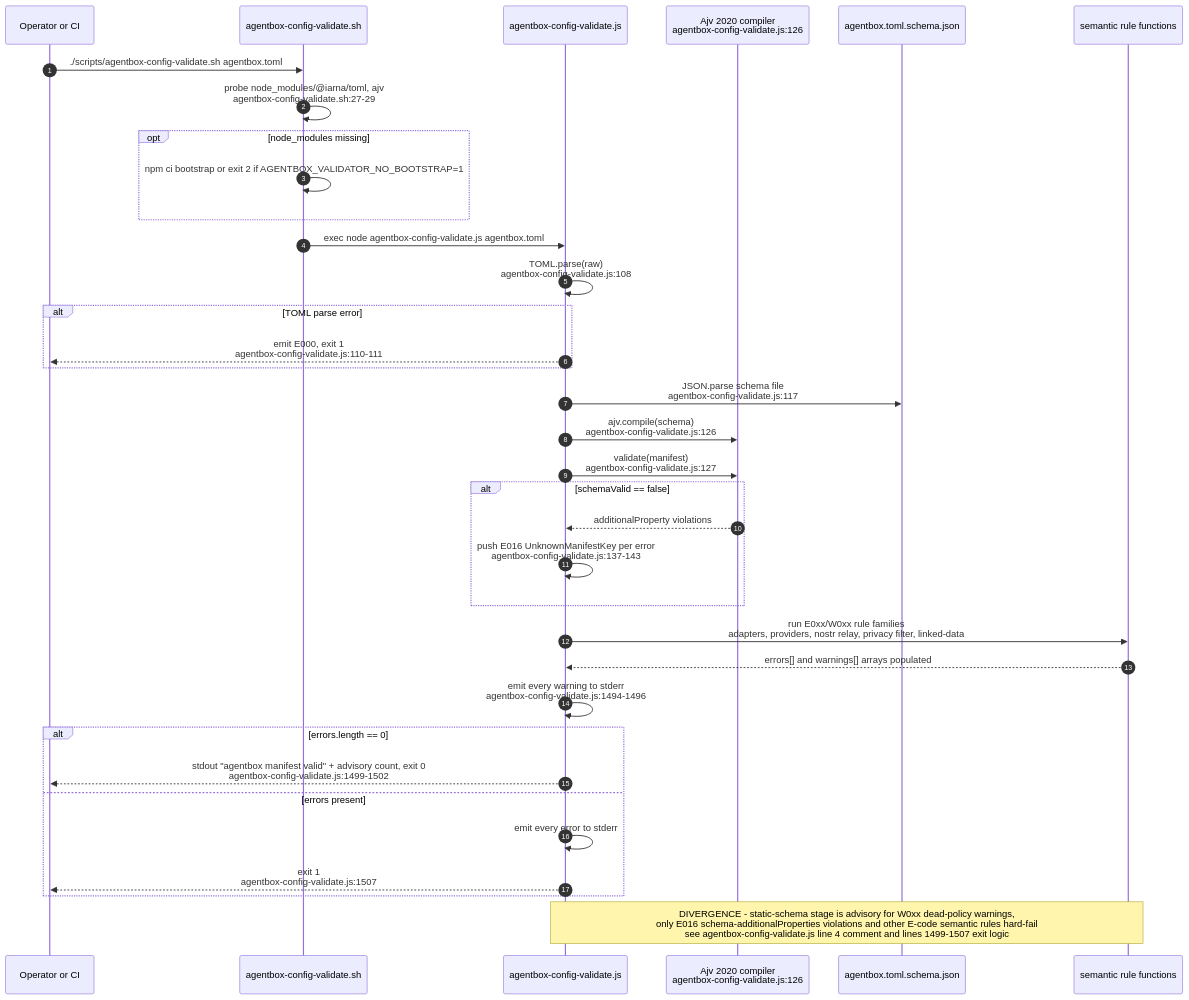
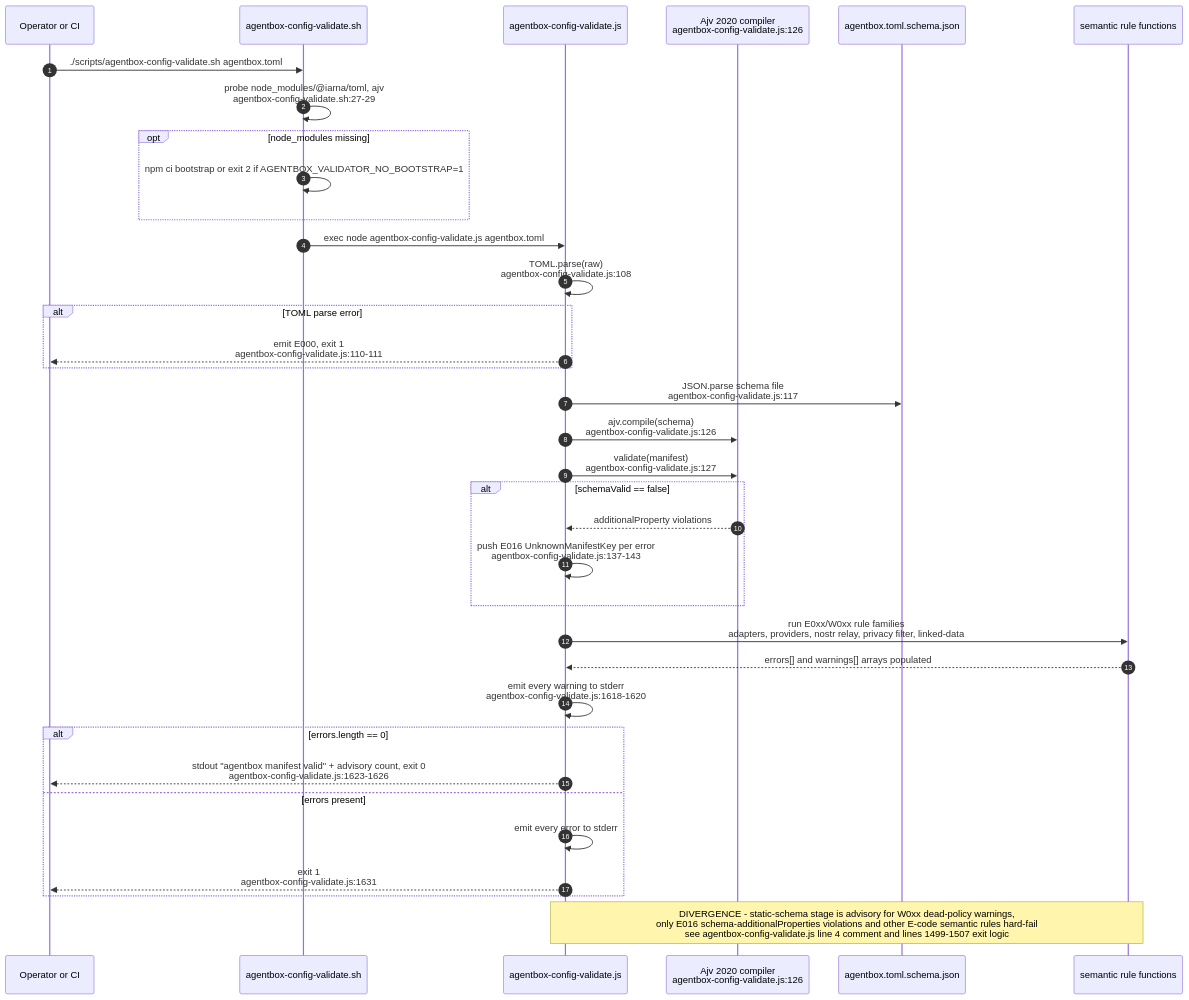
The fourth of 11 diagrams in docs/diagrams/agentbox/01-nix-flake-composition.md (DreamLab-AI/VisionFlow), drawn with Mermaid before and after one commit. The commit also changed other lines of this file and 28 other files, not shown here.

````diff
--- a/docs/diagrams/agentbox/01-nix-flake-composition.md
+++ b/docs/diagrams/agentbox/01-nix-flake-composition.md
@@ -165,39 +167,39 @@
 ```mermaid
 sequenceDiagram
     autonumber
     participant OP as Operator or CI
     participant WRAP as agentbox-config-validate.sh
     participant JS as agentbox-config-validate.js
     participant AJV as Ajv 2020 compiler<br/>agentbox-config-validate.js:126
     participant SCHEMA as agentbox.toml.schema.json
     participant SEM as semantic rule functions
 
     OP->>WRAP: ./scripts/agentbox-config-validate.sh agentbox.toml
     WRAP->>WRAP: probe node_modules/@iarna/toml, ajv<br/>agentbox-config-validate.sh:27-29
     opt node_modules missing
         WRAP->>WRAP: npm ci bootstrap or exit 2 if AGENTBOX_VALIDATOR_NO_BOOTSTRAP=1
     end
     WRAP->>JS: exec node agentbox-config-validate.js agentbox.toml
     JS->>JS: TOML.parse(raw)<br/>agentbox-config-validate.js:108
     alt TOML parse error
         JS-->>OP: emit E000, exit 1<br/>agentbox-config-validate.js:110-111
     end
     JS->>SCHEMA: JSON.parse schema file<br/>agentbox-config-validate.js:117
     JS->>AJV: ajv.compile(schema)<br/>agentbox-config-validate.js:126
     JS->>AJV: validate(manifest)<br/>agentbox-config-validate.js:127
     alt schemaValid == false
         AJV-->>JS: additionalProperty violations
         JS->>JS: push E016 UnknownManifestKey per error<br/>agentbox-config-validate.js:137-143
     end
     JS->>SEM: run E0xx/W0xx rule families<br/>adapters, providers, nostr relay, privacy filter, linked-data
     SEM-->>JS: errors[] and warnings[] arrays populated
-    JS->>JS: emit every warning to stderr<br/>agentbox-config-validate.js:1494-1496
+    JS->>JS: emit every warning to stderr<br/>agentbox-config-validate.js:1618-1620
     alt errors.length == 0
-        JS-->>OP: stdout "agentbox manifest valid" + advisory count, exit 0<br/>agentbox-config-validate.js:1499-1502
+        JS-->>OP: stdout "agentbox manifest valid" + advisory count, exit 0<br/>agentbox-config-validate.js:1623-1626
     else errors present
         JS->>JS: emit every error to stderr
-        JS-->>OP: exit 1<br/>agentbox-config-validate.js:1507
+        JS-->>OP: exit 1<br/>agentbox-config-validate.js:1631
     end
 
     Note over JS,SEM: DIVERGENCE - static-schema stage is advisory for W0xx dead-policy warnings,<br/>only E016 schema-additionalProperties violations and other E-code semantic rules hard-fail<br/>see agentbox-config-validate.js line 4 comment and lines 1499-1507 exit logic
 ```
````
